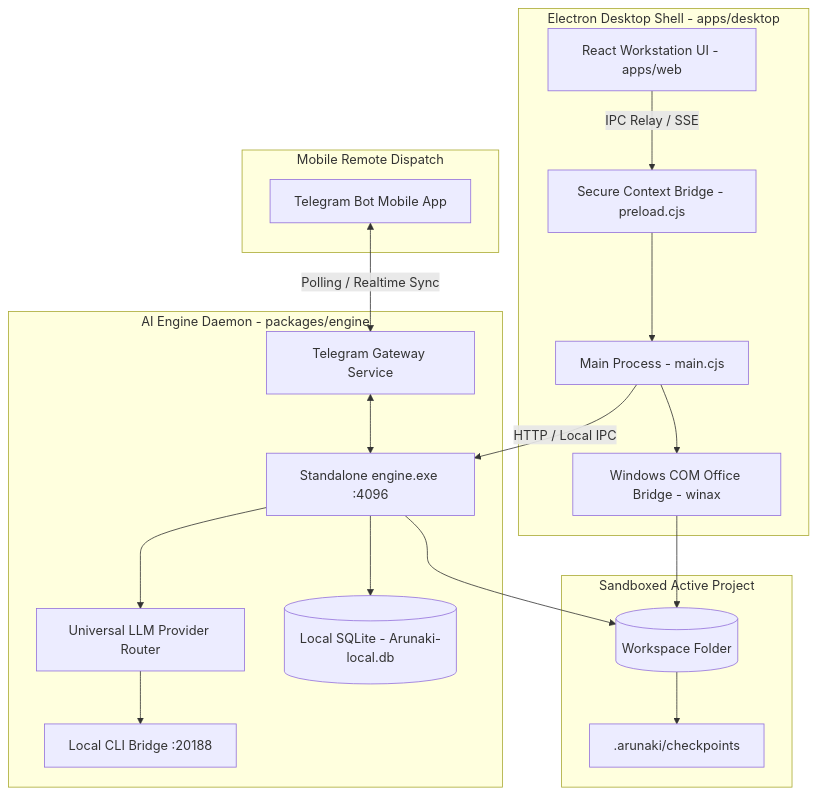
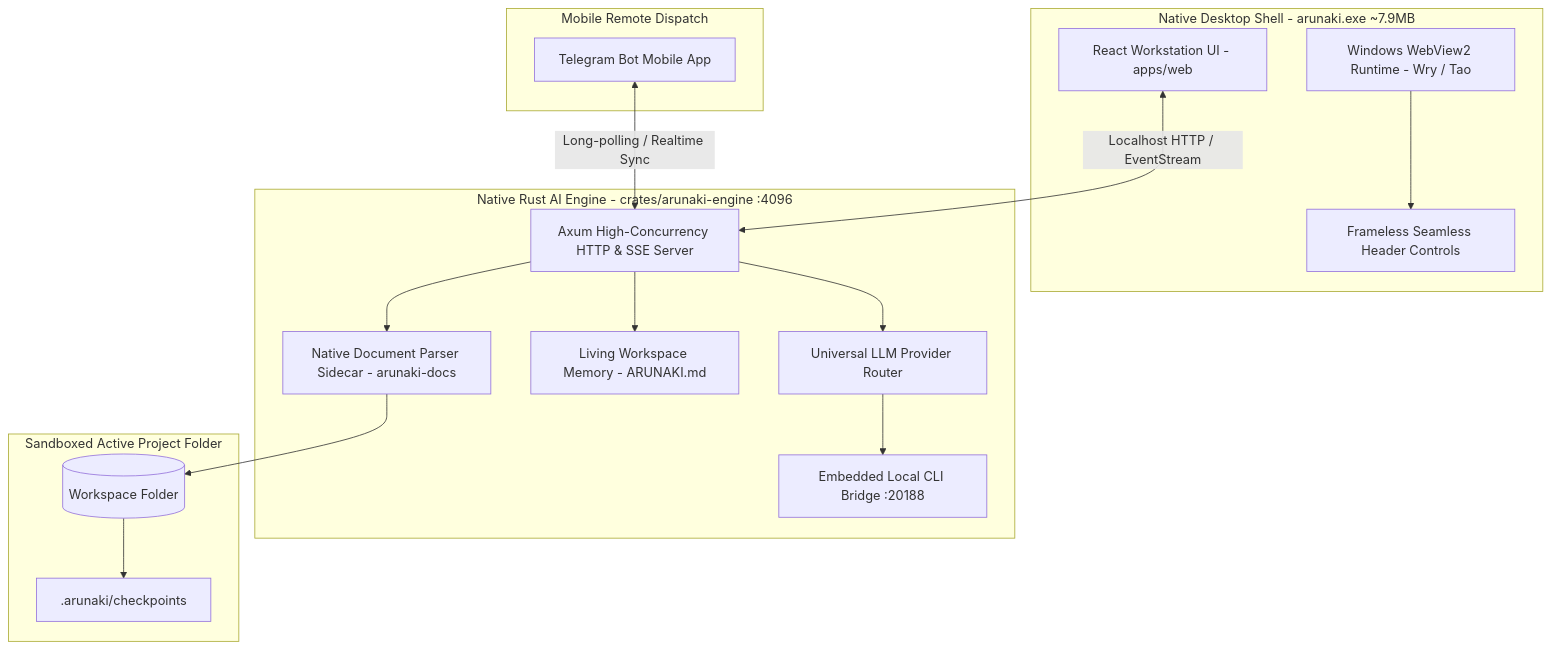
One commit to jlsrngo/Arunaki changed the second of 2 diagrams in README.md. Above: the diagram before and after it, drawn with Mermaid. The commit also changed other lines of this file and 3 other files, not shown here.

Commit message:
feat(desktop): make native window frameless, fix GitHub CI for Rust monorepo, and clarify README tool catalog

````diff
--- a/README.md
+++ b/README.md
@@ -137,39 +128,35 @@
 ```mermaid
 graph TD
     subgraph Mobile [Mobile Remote Dispatch]
         Telegram[Telegram Bot Mobile App]
     end
 
-    subgraph Desktop Shell [Electron Desktop Shell - apps/desktop]
+    subgraph Native Shell [Native Desktop Shell - arunaki.exe ~7.9MB]
         UI[React Workstation UI - apps/web]
-        Preload[Secure Context Bridge - preload.cjs]
-        Main[Main Process - main.cjs]
-        WinAX[Windows COM Office Bridge - winax]
+        WebView[Windows WebView2 Runtime - Wry / Tao]
+        WindowControls[Frameless Seamless Header Controls]
     end
 
-    subgraph Backend Engine [AI Engine Daemon - packages/engine]
-        Engine[Standalone engine.exe :4096]
-        TGService[Telegram Gateway Service]
+    subgraph Backend Engine [Native Rust AI Engine - crates/arunaki-engine :4096]
+        Axum[Axum High-Concurrency HTTP & SSE Server]
         Router[Universal LLM Provider Router]
-        CLIBridge[Local CLI Bridge :20188]
-        SQLite[(Local SQLite - Arunaki-local.db)]
+        CLIBridge[Embedded Local CLI Bridge :20188]
+        Memory[Living Workspace Memory - ARUNAKI.md]
+        Docs[Native Document Parser Sidecar - arunaki-docs]
     end
 
-    subgraph Sandbox [Sandboxed Active Project]
+    subgraph Sandbox [Sandboxed Active Project Folder]
         Folder[(Workspace Folder)]
         Checkpoint[.arunaki/checkpoints]
     end
 
-    Telegram <-->|Polling / Realtime Sync| TGService
-    TGService <--> Engine
-    UI -->|IPC Relay / SSE| Preload
-    Preload --> Main
-    Main --> WinAX
-    Main -->|HTTP / Local IPC| Engine
-    Engine --> Router
+    Telegram <-->|Long-polling / Realtime Sync| Axum
+    UI <-->|Localhost HTTP / EventStream| Axum
+    WebView --> WindowControls
+    Axum --> Router
     Router --> CLIBridge
-    Engine --> SQLite
-    WinAX --> Folder
-    Engine --> Folder
+    Axum --> Memory
+    Axum --> Docs
+    Docs --> Folder
     Folder --> Checkpoint
 ```
````
